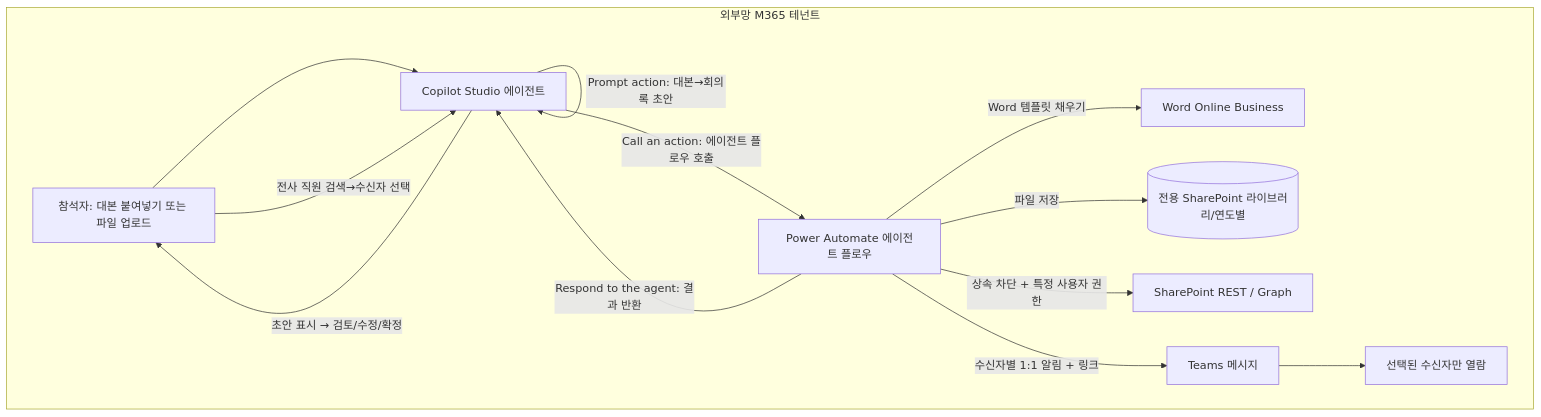
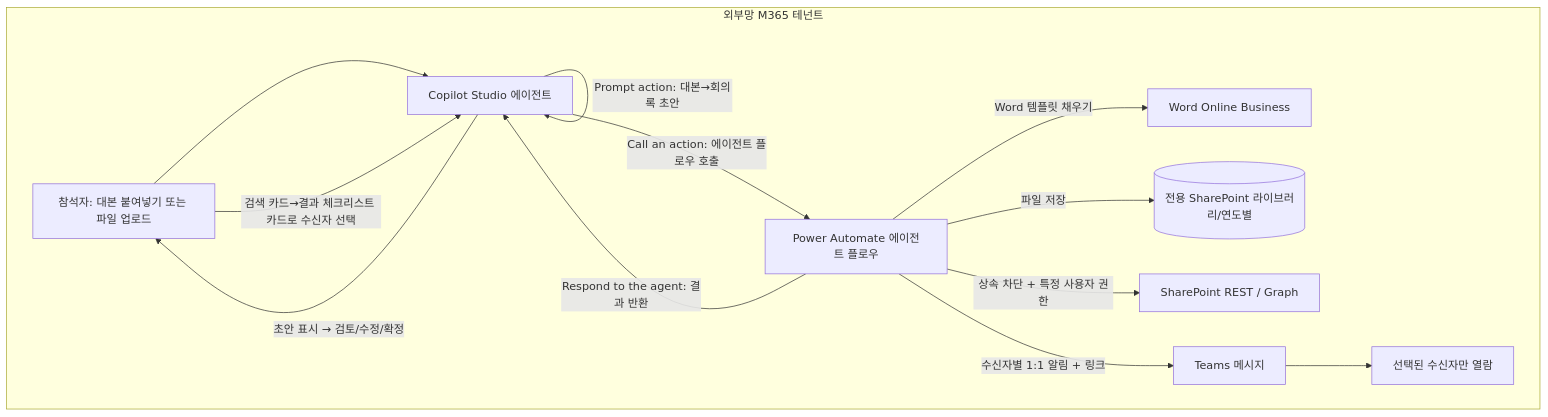
The first of 2 diagrams in docs/designs/20260528_회의록자동화에이전트.md (tlsqhdrbek-debug/ms-design-agents), drawn with Mermaid before and after one commit. The commit also changed other lines of this file, not shown here.

Commit message:
design: 수신자 선택을 카드 기반으로 구체화 — 네이티브 People Picker(1.6/Data.Query) Copilot Studio×Teams(1.5) 제약 명시, 검색창+결과 체크리스트 카드 2단 루프

````diff
--- a/docs/designs/20260528_회의록자동화에이전트.md
+++ b/docs/designs/20260528_회의록자동화에이전트.md
@@ -42,17 +42,17 @@
 ```mermaid
 flowchart TD
   subgraph 외부망[외부망 M365 테넌트]
     U[참석자: 대본 붙여넣기 또는 파일 업로드] --> CS[Copilot Studio 에이전트]
     CS -->|긴 대본: 청크 map-reduce 요약| CS
     CS -->|Prompt action: 대본→회의록 초안| CS
     CS -->|초안 표시 → 검토/수정/확정| U
-    U -->|전사 직원 검색→수신자 선택| CS
+    U -->|검색 카드→결과 체크리스트 카드로 수신자 선택| CS
     CS -->|Call an action: 에이전트 플로우 호출| PA[Power Automate 에이전트 플로우]
     PA -->|Word 템플릿 채우기| WT[Word Online Business]
     PA -->|파일 저장| SP[(전용 SharePoint 라이브러리/연도별)]
     PA -->|상속 차단 + 특정 사용자 권한| GR[SharePoint REST / Graph]
     PA -->|Respond to the agent: 결과 반환| CS
     PA -->|수신자별 1:1 알림 + 링크| TN[Teams 메시지]
     TN --> R[선택된 수신자만 열람]
   end
 ```
````
